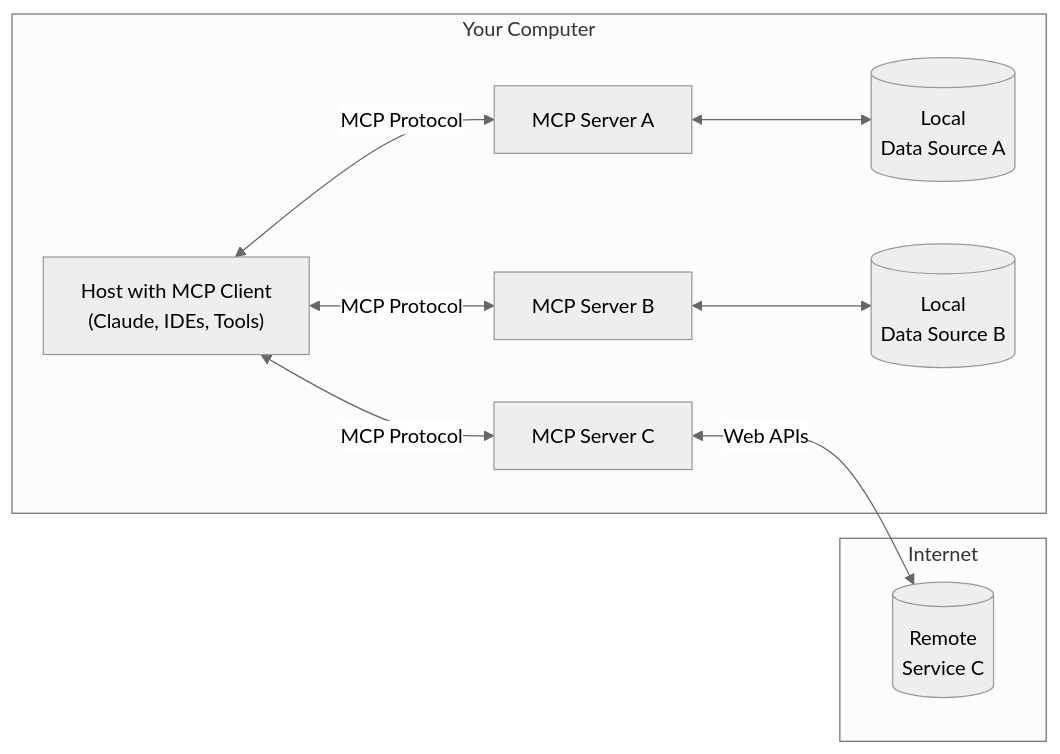
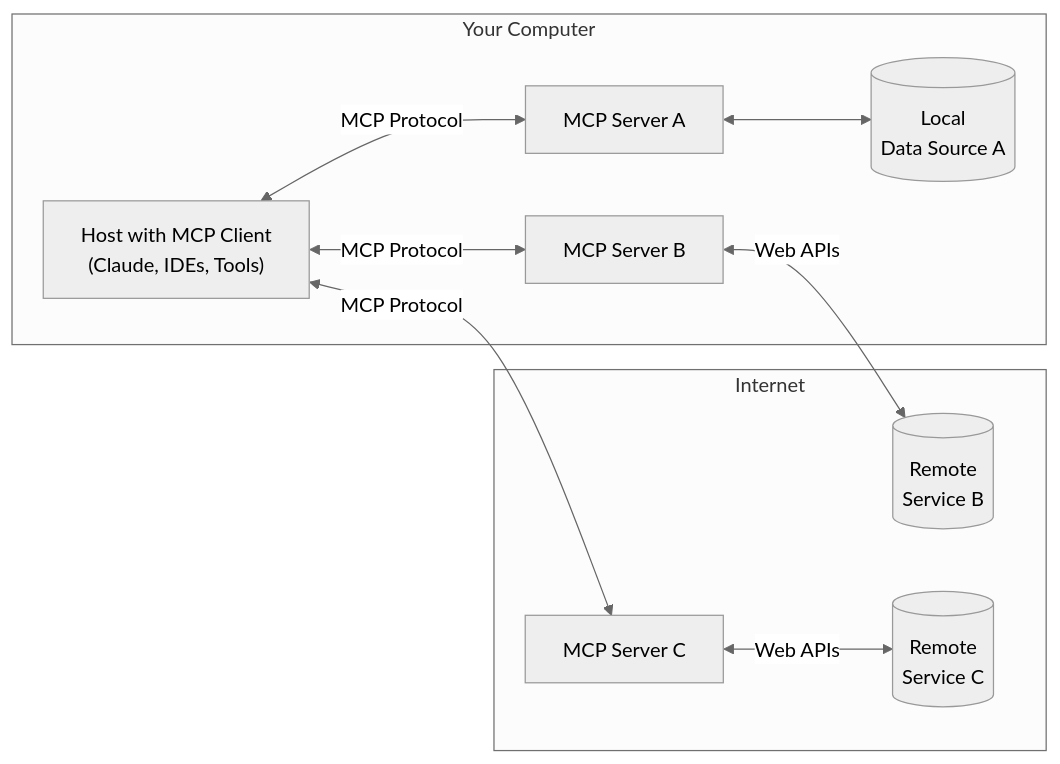
One commit to robotdad/recipe-tool changed the third of 3 diagrams in ai_context/git_collector/MCP_GENERAL_DOCS.md. Above: the diagram before and after it, drawn with Mermaid (neutral theme). The commit also changed other lines of this file and 4 other files, not shown here.

````diff
--- a/ai_context/git_collector/MCP_GENERAL_DOCS.md
+++ b/ai_context/git_collector/MCP_GENERAL_DOCS.md
@@ -3110,17 +3110,20 @@
 ```mermaid
 flowchart LR
     subgraph "Your Computer"
-        Host["Host with MCP Client\n(Claude, IDEs, Tools)"]
+        Host["Host with MCP Client<br/>(Claude, IDEs, Tools)"]
         S1["MCP Server A"]
         S2["MCP Server B"]
-        S3["MCP Server C"]
+        D1[("Local<br/>Data Source A")]
         Host <-->|"MCP Protocol"| S1
         Host <-->|"MCP Protocol"| S2
-        Host <-->|"MCP Protocol"| S3
-        S1 <--> D1[("Local\nData Source A")]
-        S2 <--> D2[("Local\nData Source B")]
+        S1 <--> D1
     end
     subgraph "Internet"
-        S3 <-->|"Web APIs"| D3[("Remote\nService C")]
+        S3["MCP Server C"]
+        D2[("Remote<br/>Service B")]
+        D3[("Remote<br/>Service C")]
+        S2 <-->|"Web APIs"| D2
+        S3 <-->|"Web APIs"| D3
     end
+    Host <-->|"MCP Protocol"| S3
 ```
````
